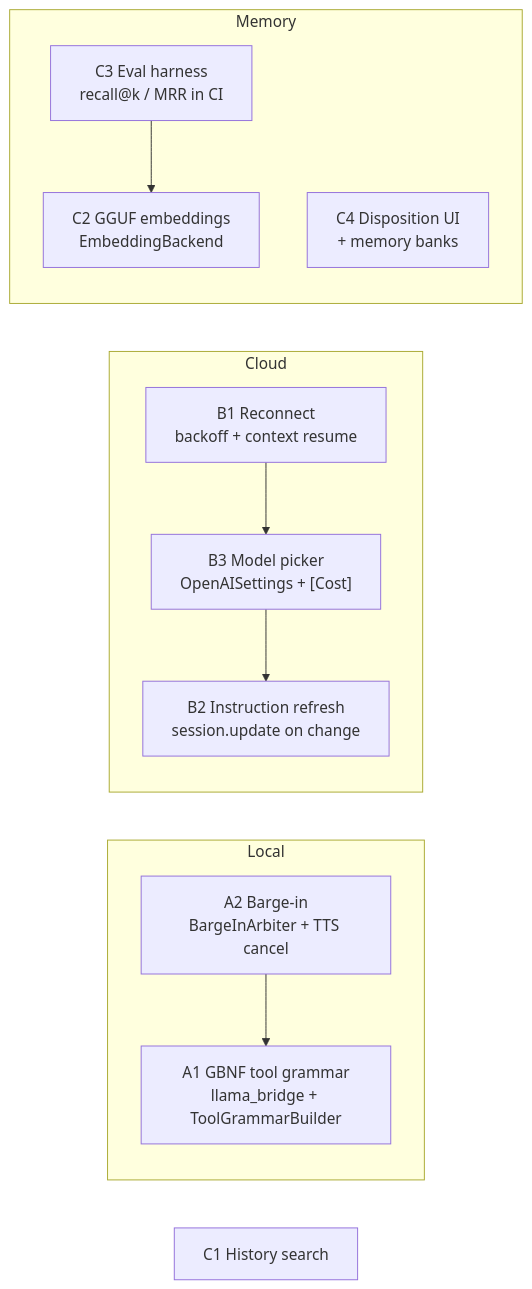
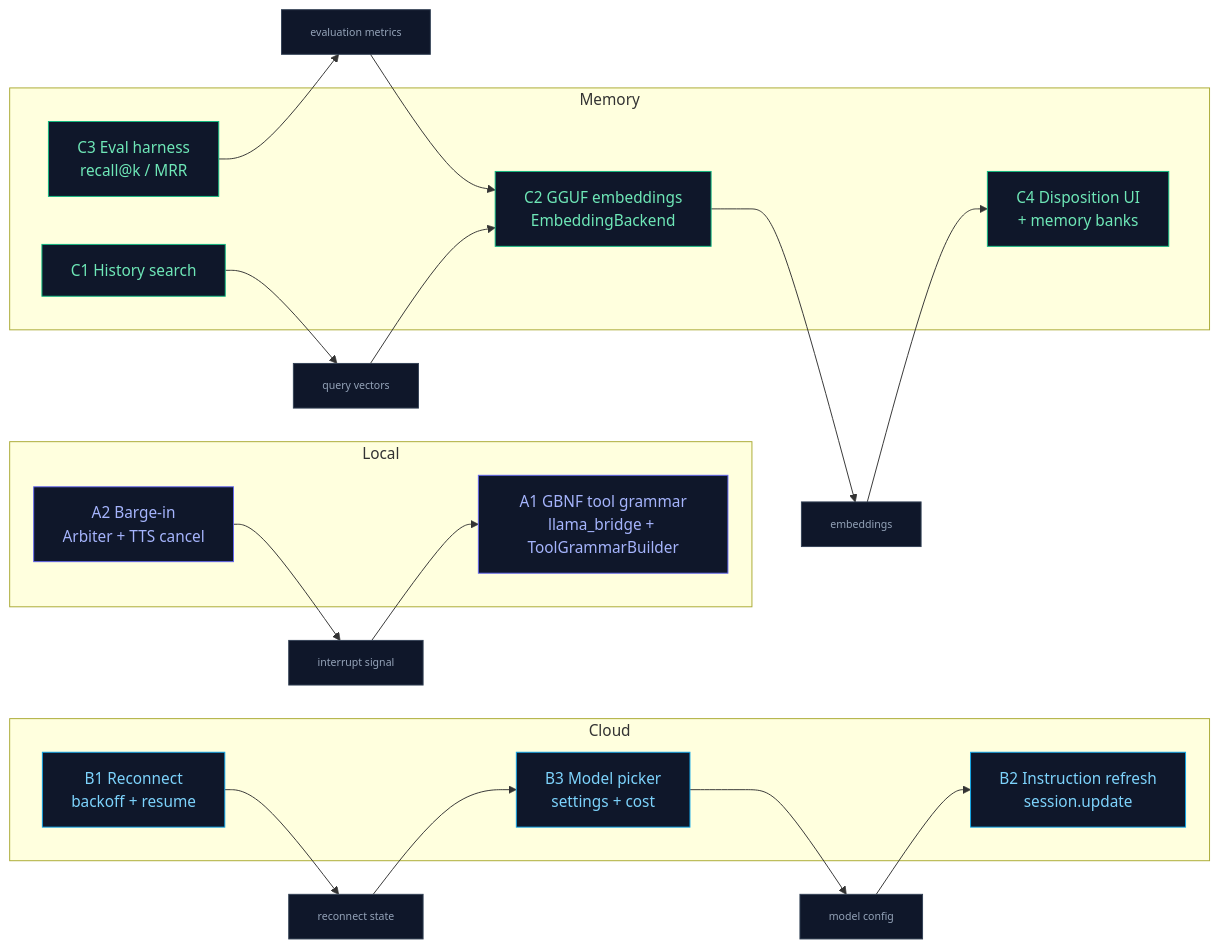
Before and after one commit to kevinliddel/NeuraLink: the diagram in docs/CHAT_LLM_IMPROVEMENT_PLAN.md, drawn with Mermaid. The commit also changed other lines of this file and 75 other files, not shown here.

Commit message:
feat: improve the chat for local and cloud LLMs

````diff
--- a/docs/CHAT_LLM_IMPROVEMENT_PLAN.md
+++ b/docs/CHAT_LLM_IMPROVEMENT_PLAN.md
@@ -28,21 +28,56 @@
 ```mermaid
 graph LR
+    %% =======================
+    %% Local
+    %% =======================
     subgraph Local
         A1["A1 GBNF tool grammar<br/>llama_bridge + ToolGrammarBuilder"]
-        A2["A2 Barge-in<br/>BargeInArbiter + TTS cancel"]
+        A2["A2 Barge-in<br/>Arbiter + TTS cancel"]
     end
+
+    %% =======================
+    %% Cloud
+    %% =======================
     subgraph Cloud
-        B1["B1 Reconnect<br/>backoff + context resume"]
-        B2["B2 Instruction refresh<br/>session.update on change"]
-        B3["B3 Model picker<br/>OpenAISettings + [Cost]"]
+        B1["B1 Reconnect<br/>backoff + resume"]
+        B2["B2 Instruction refresh<br/>session.update"]
+        B3["B3 Model picker<br/>settings + cost"]
     end
+
+    %% =======================
+    %% Memory
+    %% =======================
     subgraph Memory
+        C1["C1 History search"]
         C2["C2 GGUF embeddings<br/>EmbeddingBackend"]
-        C3["C3 Eval harness<br/>recall@k / MRR in CI"]
+        C3["C3 Eval harness<br/>recall@k / MRR"]
         C4["C4 Disposition UI<br/>+ memory banks"]
     end
-    C1["C1 History search"]
-    C3 --> C2
-    B1 --> B3 --> B2
-    A2 --> A1
+
+    %% =======================
+    %% Flows
+    %% =======================
+    A2 --> D1["interrupt signal"] --> A1
+
+    B1 --> D2["reconnect state"] --> B3
+    B3 --> D3["model config"] --> B2
+
+    C3 --> D4["evaluation metrics"] --> C2
+    C1 --> D5["query vectors"] --> C2
+    C2 --> D6["embeddings"] --> C4
+
+    %% =======================
+    %% Styles
+    %% =======================
+    classDef local fill:#0f172a,stroke:#6366f1,color:#a5b4fc
+    classDef cloud fill:#0f172a,stroke:#0ea5e9,color:#7dd3fc
+    classDef memory fill:#0f172a,stroke:#10b981,color:#6ee7b7
+
+    class A1,A2 local
+    class B1,B2,B3 cloud
+    class C1,C2,C3,C4 memory
+
+    %% Data nodes (consistent with your system)
+    classDef data fill:#0f172a,stroke:#334155,color:#94a3b8,font-size:11px
+    class D1,D2,D3,D4,D5,D6 data
 ```
````
